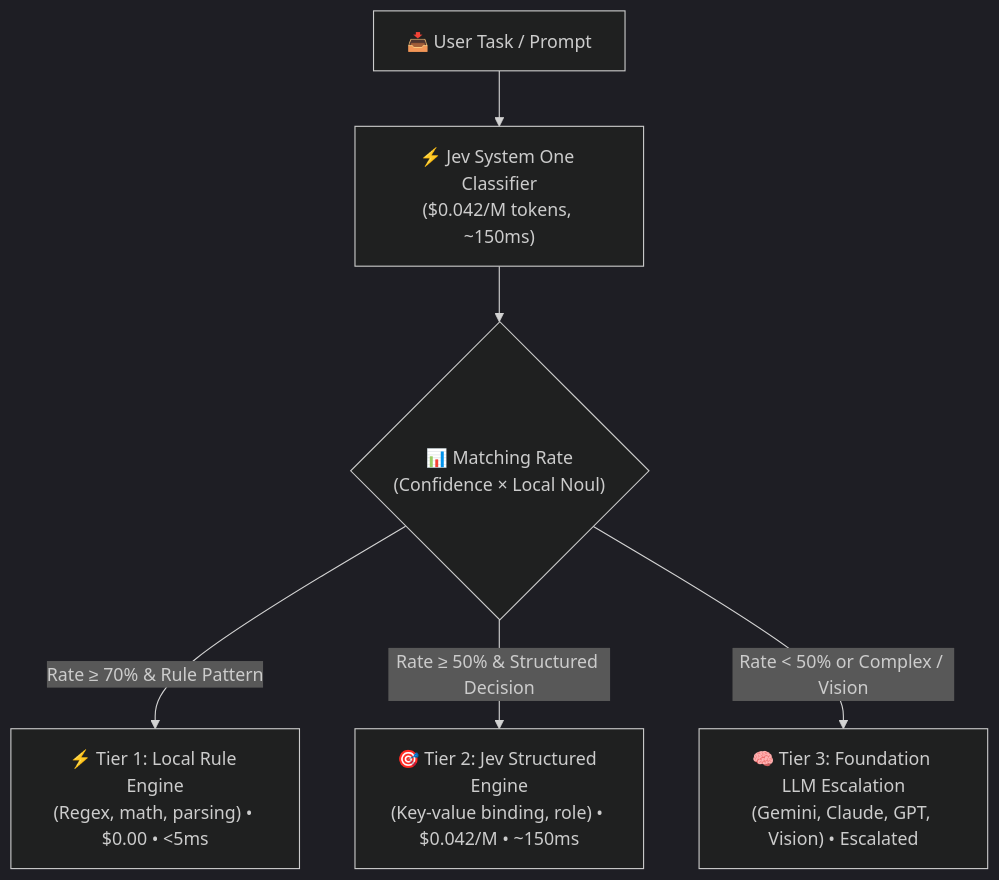
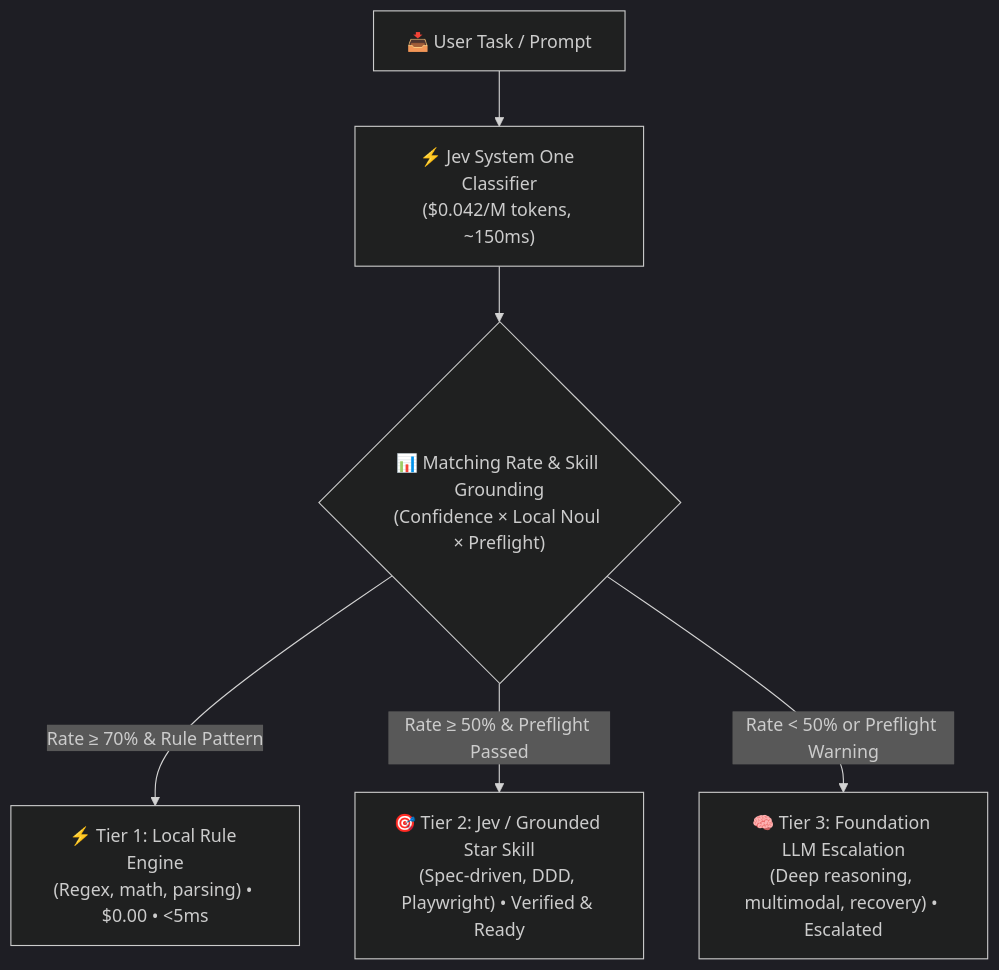
One commit to maker-KK/todo-jev changed the diagram in README.md. Above: the diagram before and after it, drawn with Mermaid (dark theme). The commit also changed other lines of this file and 6 other files, not shown here.

Commit message:
feat: add curated top star skill profiles with preflight guarantees and catalog command

````diff
--- a/README.md
+++ b/README.md
@@ -31,10 +31,10 @@
 ```mermaid
 flowchart TD
     User["📥 User Task / Prompt"] --> Classifier["⚡ Jev System One Classifier<br/>($0.042/M tokens, ~150ms)"]
     
-    Classifier --> Rate{"📊 Matching Rate<br/>(Confidence × Local Noul)"}
+    Classifier --> Rate{"📊 Matching Rate & Skill Grounding<br/>(Confidence × Local Noul × Preflight)"}
     
     Rate -->|"Rate ≥ 70% & Rule Pattern"| T1["⚡ Tier 1: Local Rule Engine<br/>(Regex, math, parsing) • $0.00 • <5ms"]
-    Rate -->|"Rate ≥ 50% & Structured Decision"| T2["🎯 Tier 2: Jev Structured Engine<br/>(Key-value binding, role) • $0.042/M • ~150ms"]
-    Rate -->|"Rate < 50% or Complex / Vision"| T3["🧠 Tier 3: Foundation LLM Escalation<br/>(Gemini, Claude, GPT, Vision) • Escalated"]
+    Rate -->|"Rate ≥ 50% & Preflight Passed"| T2["🎯 Tier 2: Jev / Grounded Star Skill<br/>(Spec-driven, DDD, Playwright) • Verified & Ready"]
+    Rate -->|"Rate < 50% or Preflight Warning"| T3["🧠 Tier 3: Foundation LLM Escalation<br/>(Deep reasoning, multimodal, recovery) • Escalated"]
 ```
````
